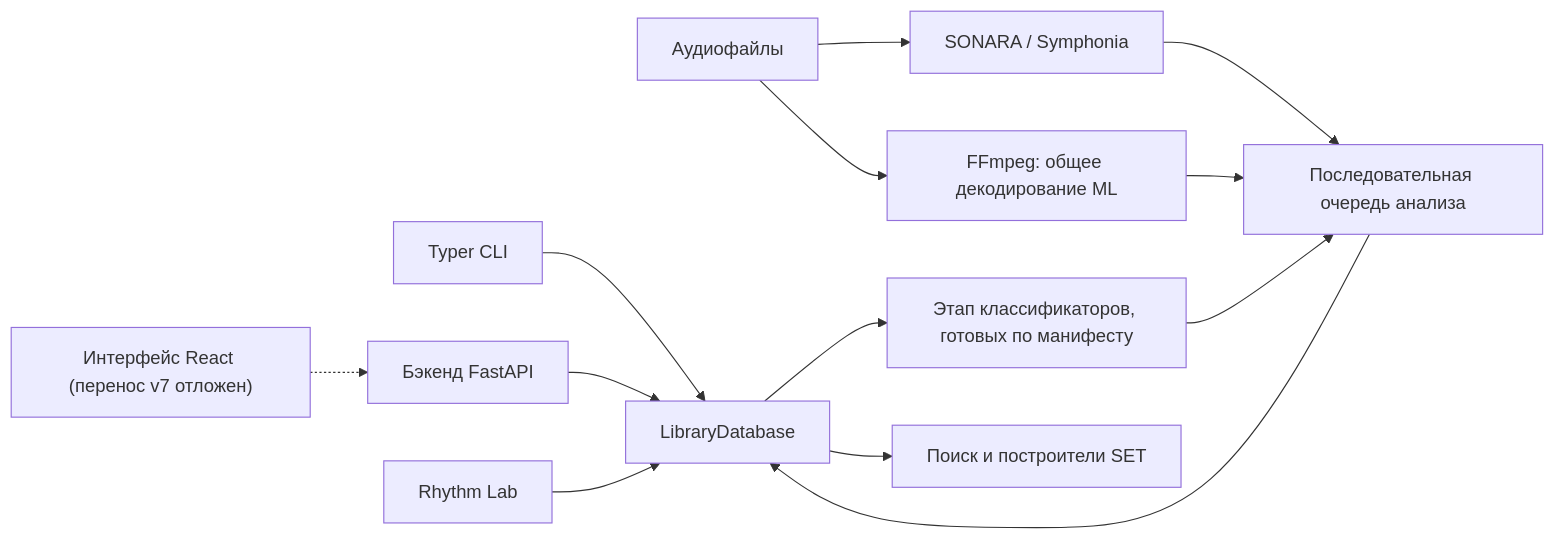
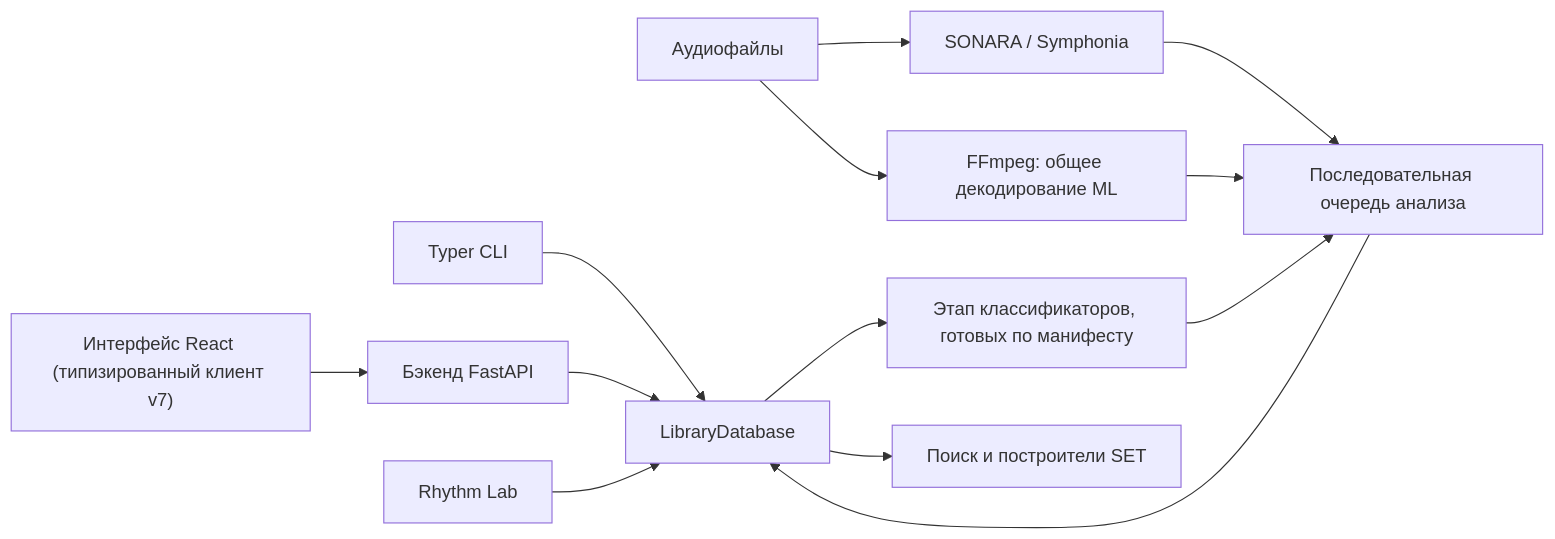
The diagram in docs/dj-track-similarity/ru/developer/architecture.md (MeteorBurn/dj-track-similarity), drawn with Mermaid before and after one commit. The commit also changed other lines of this file and 132 other files, not shown here.

````diff
--- a/docs/dj-track-similarity/ru/developer/architecture.md
+++ b/docs/dj-track-similarity/ru/developer/architecture.md
@@ -9,15 +9,15 @@
 ```mermaid
 flowchart LR
     CLI[Typer CLI] --> DB[LibraryDatabase]
     API[Бэкенд FastAPI] --> DB
-    UI["Интерфейс React (перенос v7 отложен)"] -.-> API
+    UI["Интерфейс React (типизированный клиент v7)"] --> API
     Audio[Аудиофайлы] --> Sonara[SONARA / Symphonia]
     Audio --> FFmpeg[FFmpeg: общее декодирование ML]
     Sonara --> Queue[Последовательная очередь анализа]
     FFmpeg --> Queue
     Queue --> DB
     DB --> Classifiers[Этап классификаторов, готовых по манифесту]
     Classifiers --> Queue
     DB --> Search[Поиск и построители SET]
     Lab[Rhythm Lab] --> DB
 ```
````
